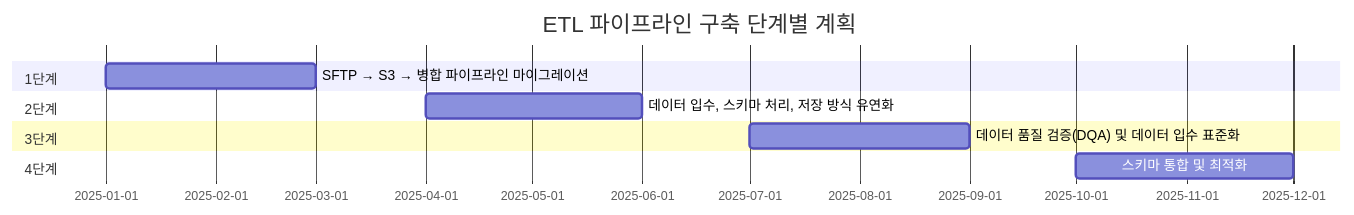
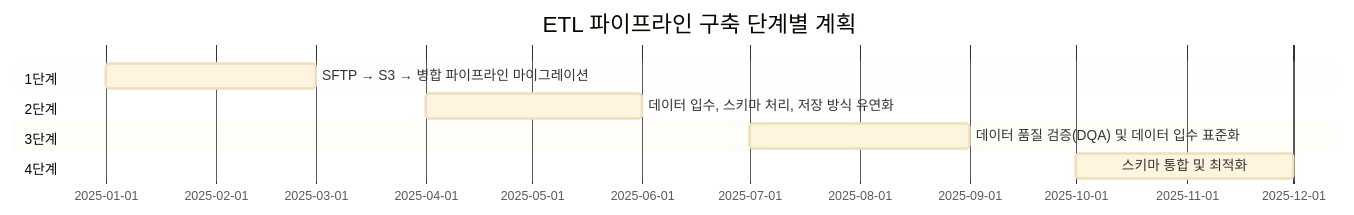
The first of 11 diagrams in _posts/2025-03-18-etl-pipeline.md (yeokyeong-yoon/yeokyeong-yoon.github.io), drawn with Mermaid before and after one commit. The commit also changed other lines of this file, not shown here.

Commit message:
docs: Improve Mermaid diagram readability with larger font size and clearer labels

````diff
--- a/_posts/2025-03-18-etl-pipeline.md
+++ b/_posts/2025-03-18-etl-pipeline.md
@@ -80,13 +80,14 @@
 ```mermaid
+%%{init: {'theme': 'base', 'themeVariables': { 'fontSize': '16px'}}}%%
 gantt
     title ETL 파이프라인 구축 단계별 계획
     dateFormat  YY-MM
     section 1단계
     SFTP → S3 → 병합 파이프라인 마이그레이션    :25-01, 25-03
     section 2단계
     데이터 입수, 스키마 처리, 저장 방식 유연화    :25-04, 25-06
     section 3단계
     데이터 품질 검증(DQA) 및 데이터 입수 표준화    :25-07, 25-09
     section 4단계
     스키마 통합 및 최적화    :25-10, 25-12
 ```
````
